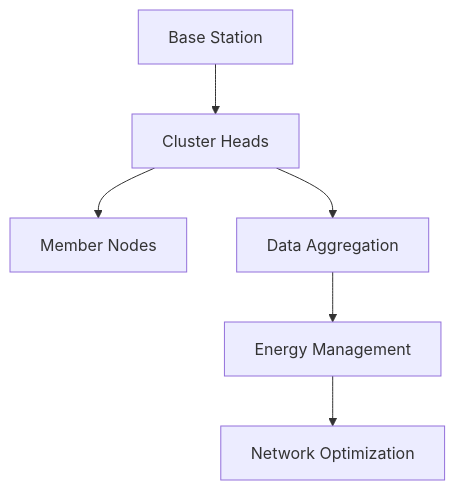
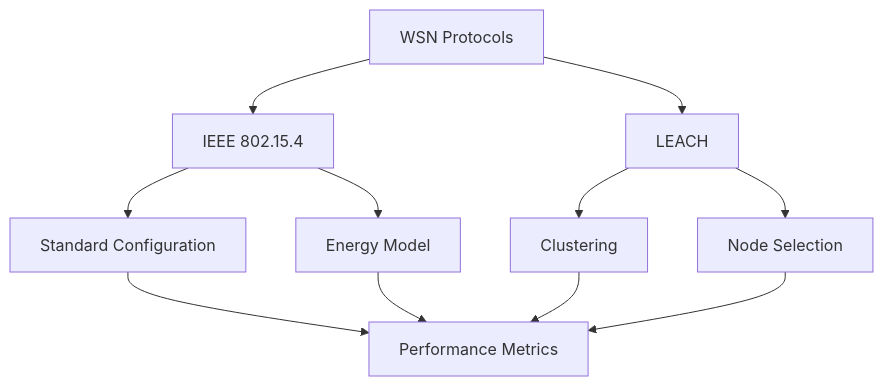
The fourth of 4 diagrams in README.md (rajking69/Energy-Efficiency-in-WSNs-IEEE-802.15.4-vs.-LEACH), drawn with Mermaid before and after one commit. The commit also changed other lines of this file and 5 other files, not shown here.

````diff
--- a/README.md
+++ b/README.md
@@ -88,8 +151,13 @@
 ```mermaid
 graph TD
-    A[Base Station] --> B[Cluster Heads]
-    B --> C[Member Nodes]
-    B --> D[Data Aggregation]
-    D --> E[Energy Management]
-    E --> F[Network Optimization]
+    A[WSN Protocols] --> B[IEEE 802.15.4]
+    A --> C[LEACH]
+    B --> D[Standard Configuration]
+    B --> E[Energy Model]
+    C --> F[Clustering]
+    C --> G[Node Selection]
+    D --> H[Performance Metrics]
+    E --> H
+    F --> H
+    G --> H
 ```
````
